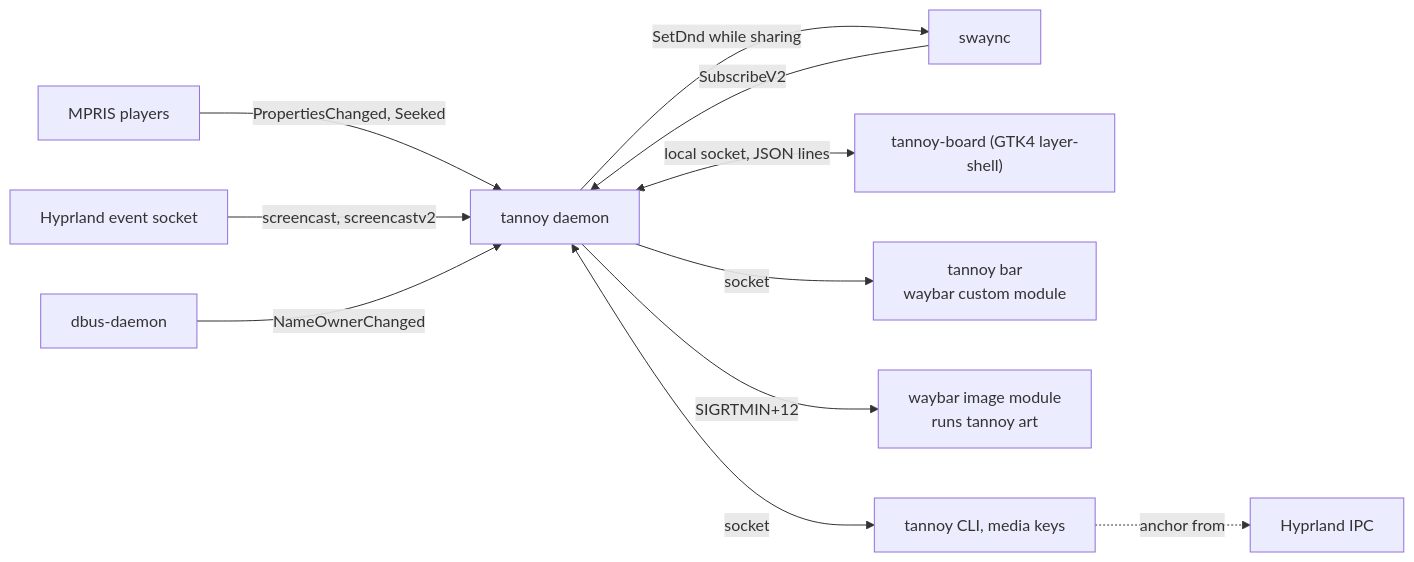
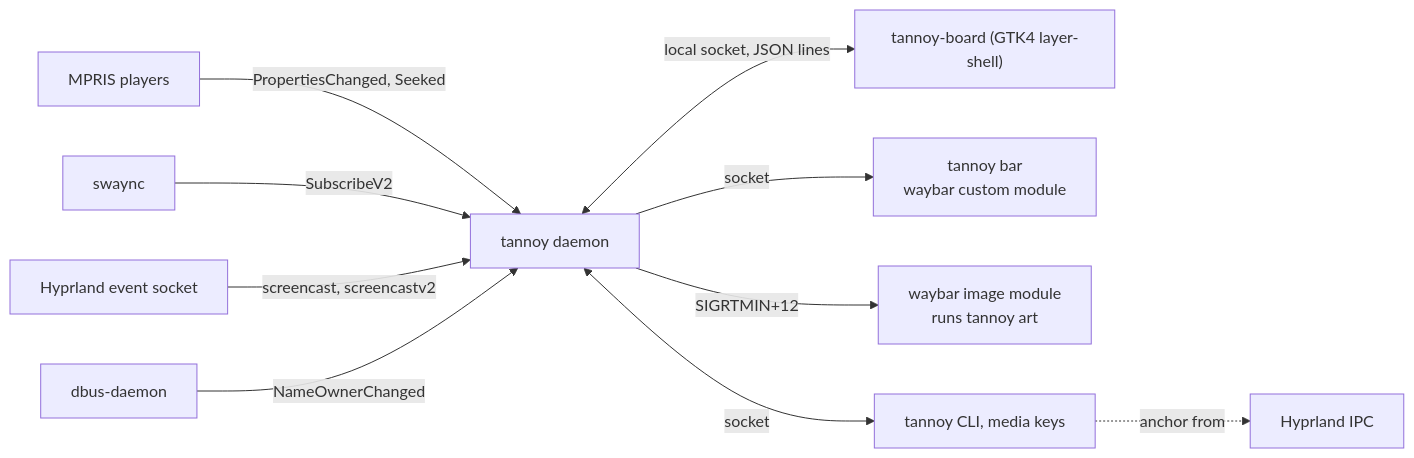
One commit to NathanielInman/tannoy changed the diagram in docs/design.md. Above: the diagram before and after it, drawn with Mermaid. The commit also changed other lines of this file and 11 other files, not shown here.

````diff
--- a/docs/design.md
+++ b/docs/design.md
@@ -33,13 +36,12 @@
 ```mermaid
 flowchart LR
   P["MPRIS players"] -- "PropertiesChanged, Seeked" --> D["tannoy daemon"]
   S["swaync"] -- "SubscribeV2" --> D
-  D -- "SetDnd while sharing" --> S
   Y["Hyprland event socket"] -- "screencast, screencastv2" --> D
   N["dbus-daemon"] -- "NameOwnerChanged" --> D
   D <-- "local socket, JSON lines" --> B["tannoy-board (GTK4 layer-shell)"]
   D -- socket --> W["tannoy bar<br/>waybar custom module"]
   D -- "SIGRTMIN+12" --> I["waybar image module<br/>runs tannoy art"]
   D <-- socket --> C["tannoy CLI, media keys"]
   C -. "anchor from" .-> H["Hyprland IPC"]
 ```
````
